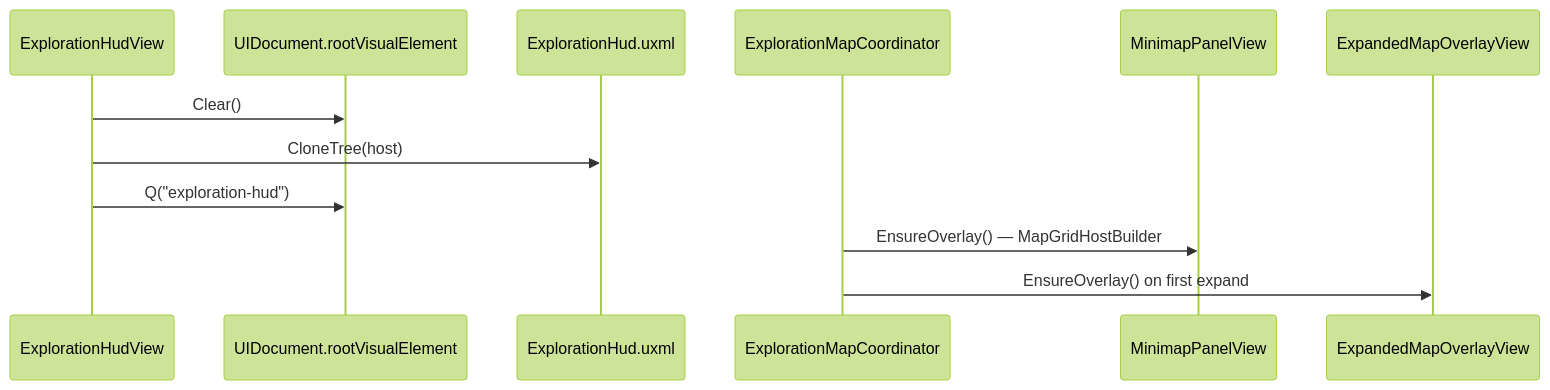
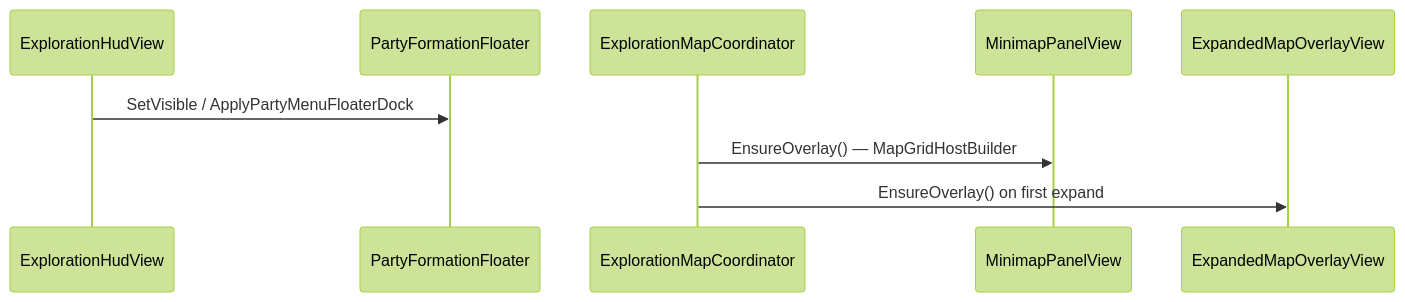
The second of 5 diagrams in docs/02-systems/exploration-ui.md (miramocha/griddungeon-design-docs), drawn with Mermaid (forest theme) before and after one commit. The commit also changed other lines of this file and 7 other files, not shown here.

First line of the commit message:
docs: exploration HUD is orchestrator-only after #244 split

````diff
--- a/docs/02-systems/exploration-ui.md
+++ b/docs/02-systems/exploration-ui.md
@@ -103,14 +111,11 @@
 ```mermaid
 sequenceDiagram
     participant EHV as ExplorationHudView
-    participant DOC as UIDocument.rootVisualElement
-    participant UXML as ExplorationHud.uxml
+    participant PFF as PartyFormationFloater
     participant EMC as ExplorationMapCoordinator
     participant MM as MinimapPanelView
     participant EXP as ExpandedMapOverlayView
-    EHV->>DOC: Clear()
-    EHV->>UXML: CloneTree(host)
-    EHV->>DOC: Q("exploration-hud")
+    EHV->>PFF: SetVisible / ApplyPartyMenuFloaterDock
     EMC->>MM: EnsureOverlay() — MapGridHostBuilder
     EMC->>EXP: EnsureOverlay() on first expand
 ```
````
